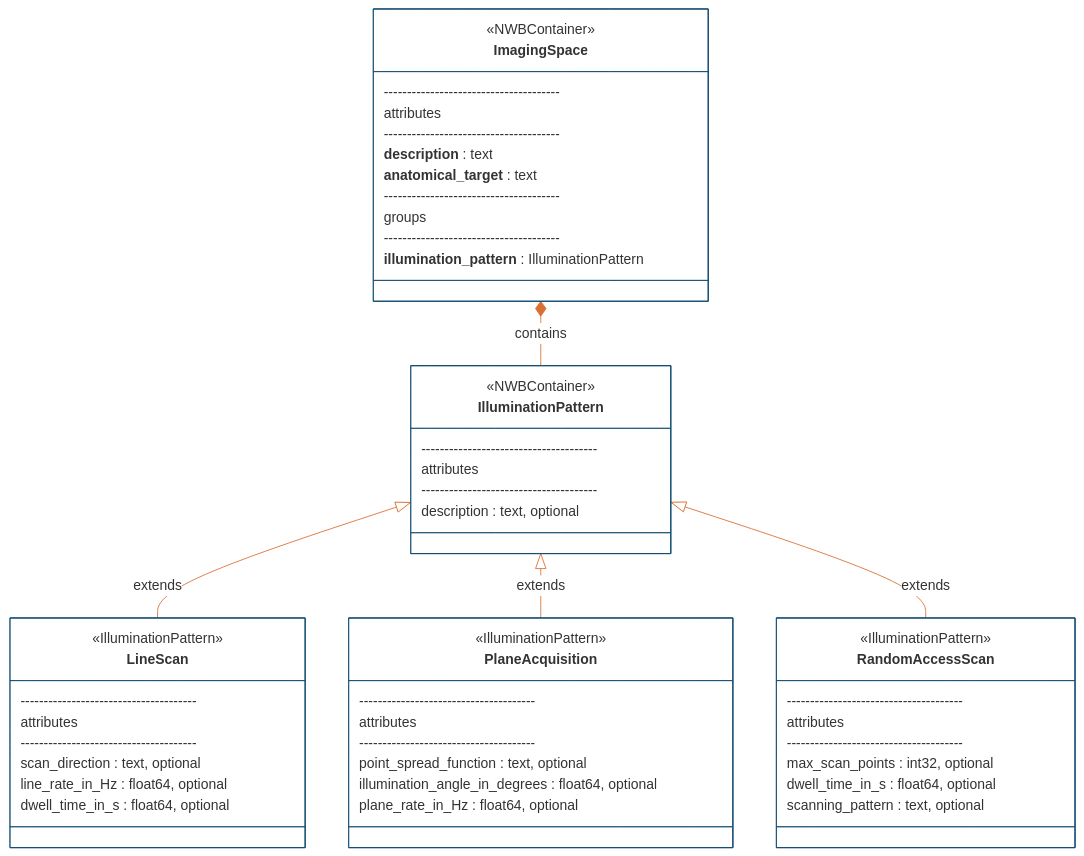
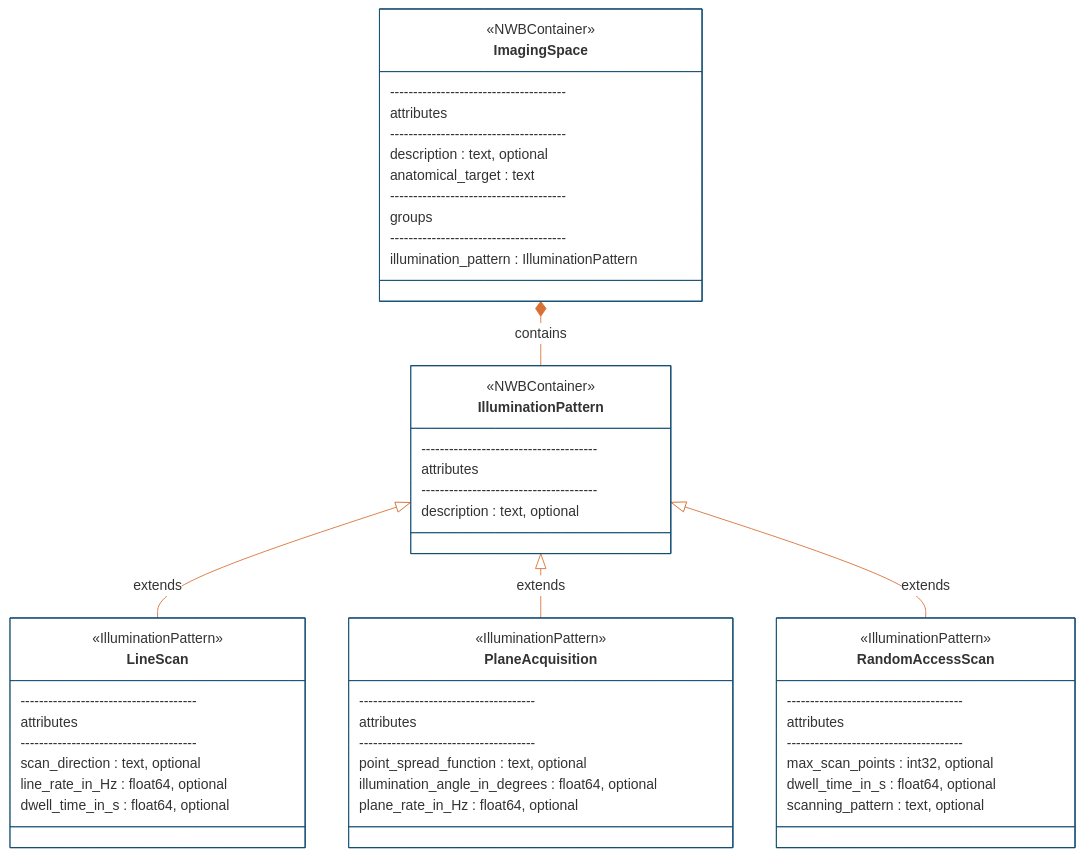
One commit to catalystneuro/ndx-microscopy changed the second of 4 diagrams in README.md. Above: the diagram before and after it, drawn with Mermaid. The commit also changed other lines of this file, not shown here.

First line of the commit message:
Update the README diagrams to the 0.4.0 spec

````diff
--- a/README.md
+++ b/README.md
@@ -176,62 +200,62 @@
 ```mermaid
 %%{init: {'theme': 'base', 'themeVariables': {'primaryColor': '#ffffff', 'primaryBorderColor': '#144E73', 'lineColor': '#D96F32'}}}%%
 
 classDiagram
     direction TB
 
     class IlluminationPattern {
         <<NWBContainer>>
         --------------------------------------
         attributes
         --------------------------------------
         description : text, optional
     }
 
     class LineScan {
         <<IlluminationPattern>>
         --------------------------------------
         attributes
         --------------------------------------
         scan_direction : text, optional
         line_rate_in_Hz : float64, optional
         dwell_time_in_s : float64, optional
     }
 
     class PlaneAcquisition {
         <<IlluminationPattern>>
         --------------------------------------
         attributes
         --------------------------------------
         point_spread_function : text, optional
         illumination_angle_in_degrees : float64, optional
         plane_rate_in_Hz : float64, optional
     }
 
     class RandomAccessScan {
         <<IlluminationPattern>>
         --------------------------------------
         attributes
         --------------------------------------
         max_scan_points : int32, optional
         dwell_time_in_s : float64, optional
         scanning_pattern : text, optional
     }
 
     class ImagingSpace {
         <<NWBContainer>>
         --------------------------------------
         attributes
         --------------------------------------
-        **description** : text
-        **anatomical_target** : text
+        description : text, optional
+        anatomical_target : text
         --------------------------------------
         groups
         --------------------------------------
-        **illumination_pattern** : IlluminationPattern
+        illumination_pattern : IlluminationPattern
     }
 
     IlluminationPattern <|-- LineScan : extends
     IlluminationPattern <|-- PlaneAcquisition : extends
     IlluminationPattern <|-- RandomAccessScan : extends
     ImagingSpace *-- IlluminationPattern : contains
 ```
````
